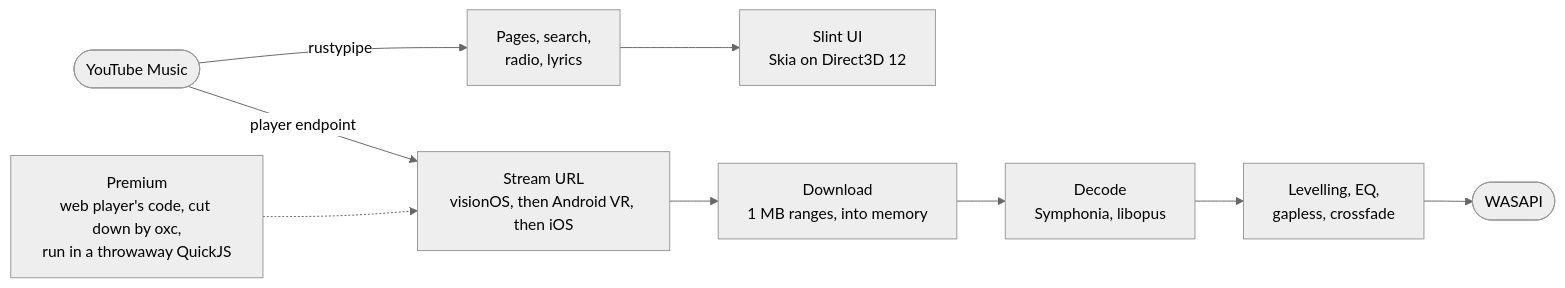
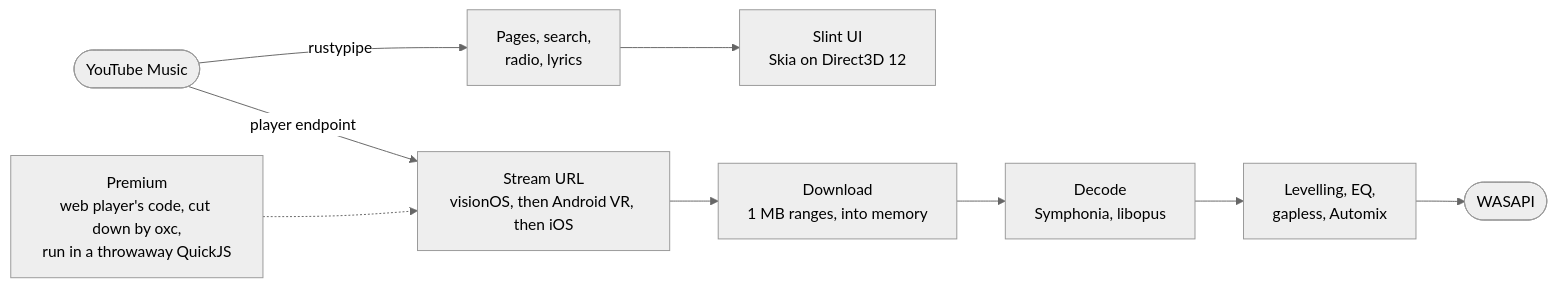
One commit to Visxoz/lily changed the diagram in README.md. Above: the diagram before and after it, drawn with Mermaid (neutral theme). The commit also changed other lines of this file and 14 other files, not shown here.

Commit message:
docs: A shorter README in Lily for iPhone's style, with its graphics redrawn on plum

````diff
--- a/README.md
+++ b/README.md
@@ -275,11 +115,11 @@
 ```mermaid
 flowchart LR
     yt(["YouTube Music"]) -->|rustypipe| pages["Pages, search,<br/>radio, lyrics"]
     yt -->|player endpoint| url["Stream URL<br/>visionOS, then Android VR, then iOS"]
     premium["Premium<br/>web player's code, cut down by oxc,<br/>run in a throwaway QuickJS"] -.-> url
     url --> dl["Download<br/>1 MB ranges, into memory"]
     dl --> dec["Decode<br/>Symphonia, libopus"]
-    dec --> fx["Levelling, EQ,<br/>gapless, crossfade"]
+    dec --> fx["Levelling, EQ,<br/>gapless, Automix"]
     fx --> out(["WASAPI"])
     pages --> ui["Slint UI<br/>Skia on Direct3D 12"]
 ```
````
